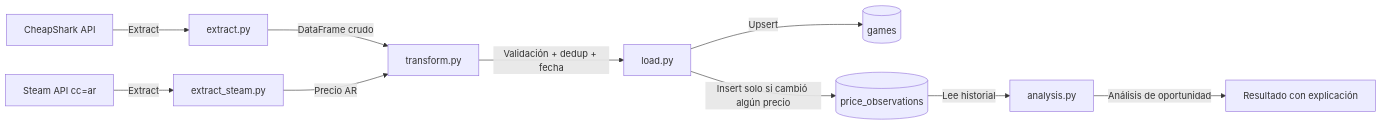
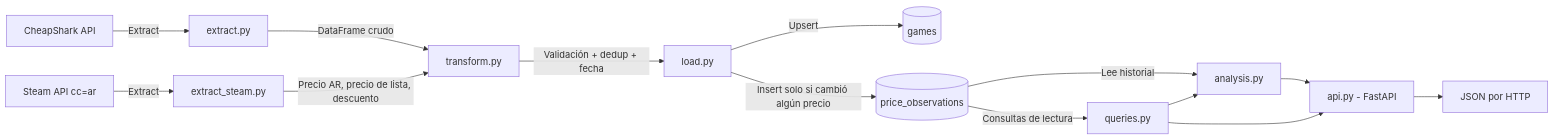
The diagram in README.md (FedeAntonini/gamedeals-pipeline), drawn with Mermaid before and after one commit. The commit also changed other lines of this file, not shown here.

Commit message:
docs: documentar v0.4 (API FastAPI) y campos de oferta (#16)

````diff
--- a/README.md
+++ b/README.md
@@ -7,12 +7,16 @@
 ```mermaid
 graph LR
     A[CheapShark API] -->|Extract| B[extract.py]
     S[Steam API cc=ar] -->|Extract| B2[extract_steam.py]
     B -->|DataFrame crudo| C[transform.py]
-    B2 -->|Precio AR| C
+    B2 -->|Precio AR, precio de lista, descuento| C
     C -->|Validación + dedup + fecha| D[load.py]
     D -->|Upsert| E[(games)]
     D -->|Insert solo si cambió algún precio| F[(price_observations)]
     F -->|Lee historial| G[analysis.py]
-    G -->|Análisis de oportunidad| H[Resultado con explicación]
+    F -->|Consultas de lectura| Q[queries.py]
+    Q --> G
+    G --> H[api.py - FastAPI]
+    Q --> H
+    H --> I[JSON por HTTP]
 ```
````
